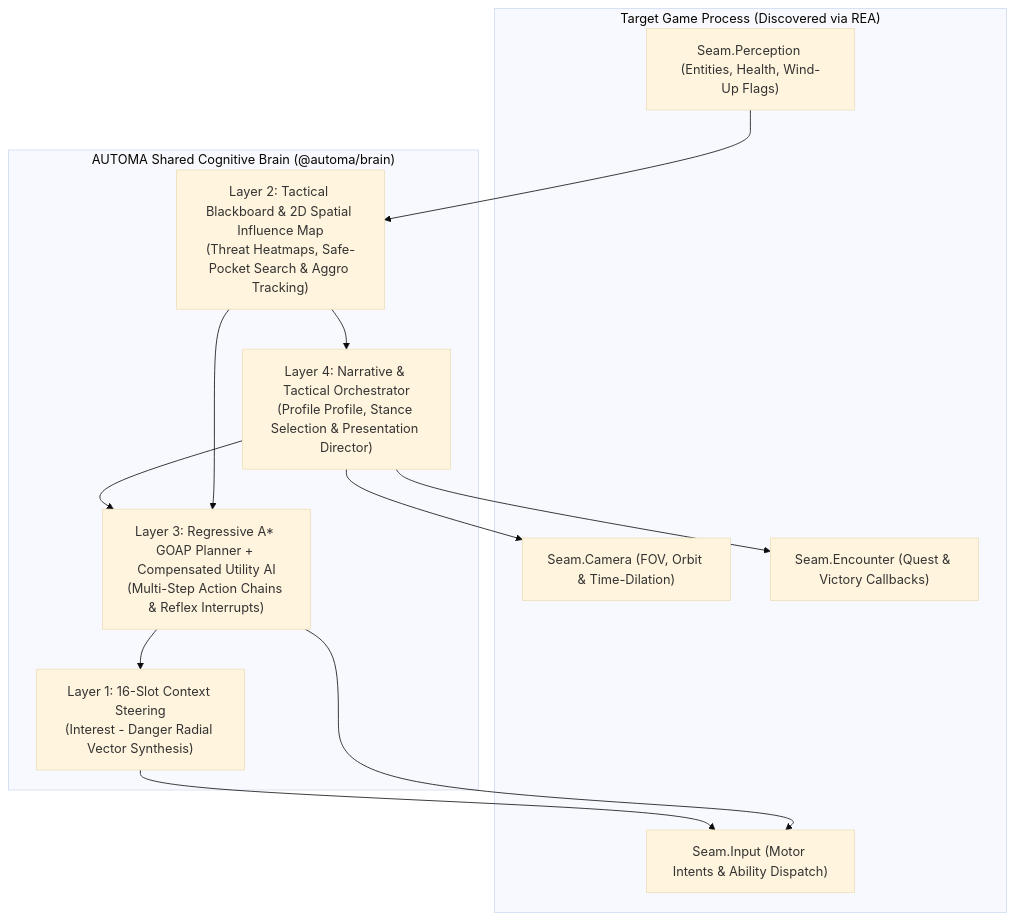
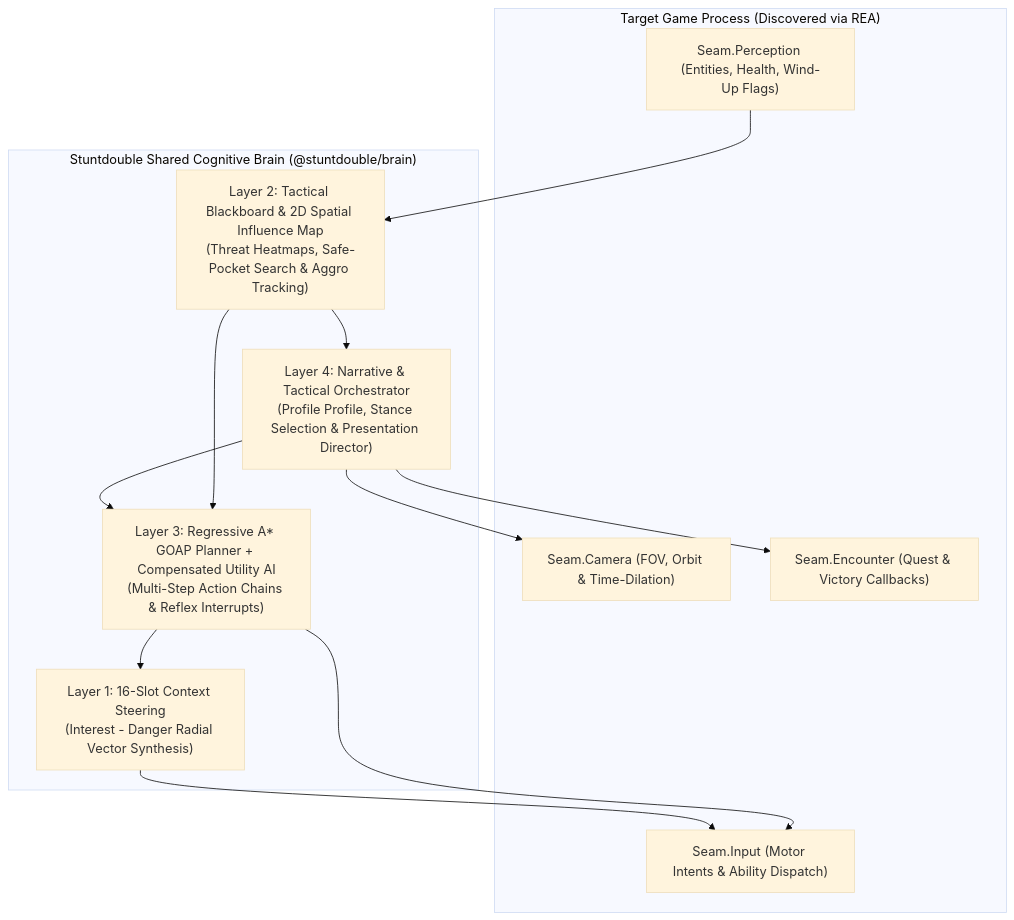
The diagram in README.md (yusufgunay-esq/pawa), drawn with Mermaid (base theme) before and after one commit. The commit also changed other lines of this file and 80 other files, not shown here.

````diff
--- a/README.md
+++ b/README.md
@@ -79,26 +79,26 @@
 ```mermaid
 flowchart TD
     subgraph GameProcess["Target Game Process (Discovered via REA)"]
         S_P["Seam.Perception (Entities, Health, Wind-Up Flags)"]
         S_I["Seam.Input (Motor Intents & Ability Dispatch)"]
         S_C["Seam.Camera (FOV, Orbit & Time-Dilation)"]
         S_E["Seam.Encounter (Quest & Victory Callbacks)"]
     end
 
-    subgraph AutomaKernel["AUTOMA Shared Cognitive Brain (@automa/brain)"]
+    subgraph StuntKernel["Stuntdouble Shared Cognitive Brain (@stuntdouble/brain)"]
         L4["Layer 4: Narrative & Tactical Orchestrator<br/>(Profile Profile, Stance Selection & Presentation Director)"]
         L3["Layer 3: Regressive A* GOAP Planner + Compensated Utility AI<br/>(Multi-Step Action Chains & Reflex Interrupts)"]
         L2["Layer 2: Tactical Blackboard & 2D Spatial Influence Map<br/>(Threat Heatmaps, Safe-Pocket Search & Aggro Tracking)"]
         L1["Layer 1: 16-Slot Context Steering<br/>(Interest - Danger Radial Vector Synthesis)"]
     end
 
     S_P --> L2
     L2 --> L4
     L4 --> L3
     L2 --> L3
     L3 --> L1
     L1 --> S_I
     L3 --> S_I
     L4 --> S_C
     L4 --> S_E
 ```
````
